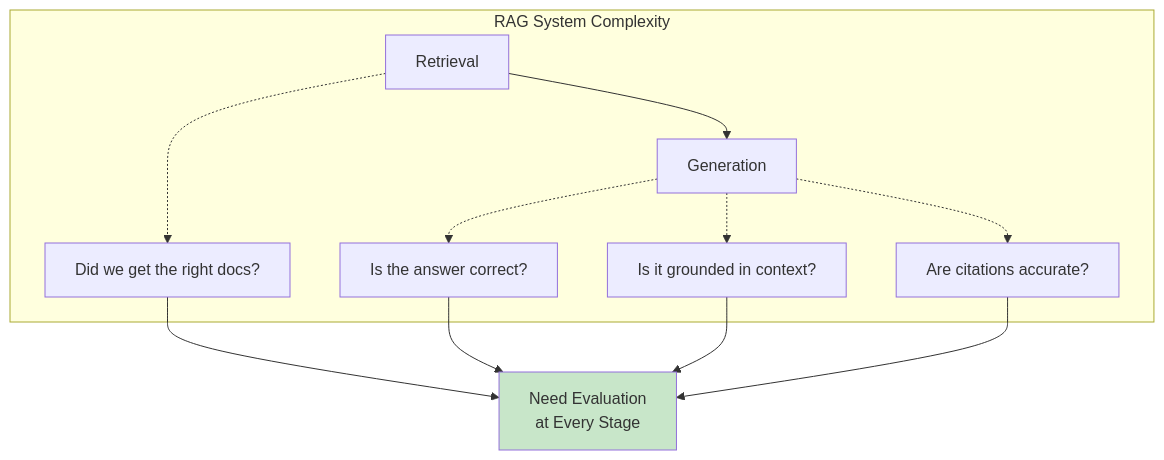
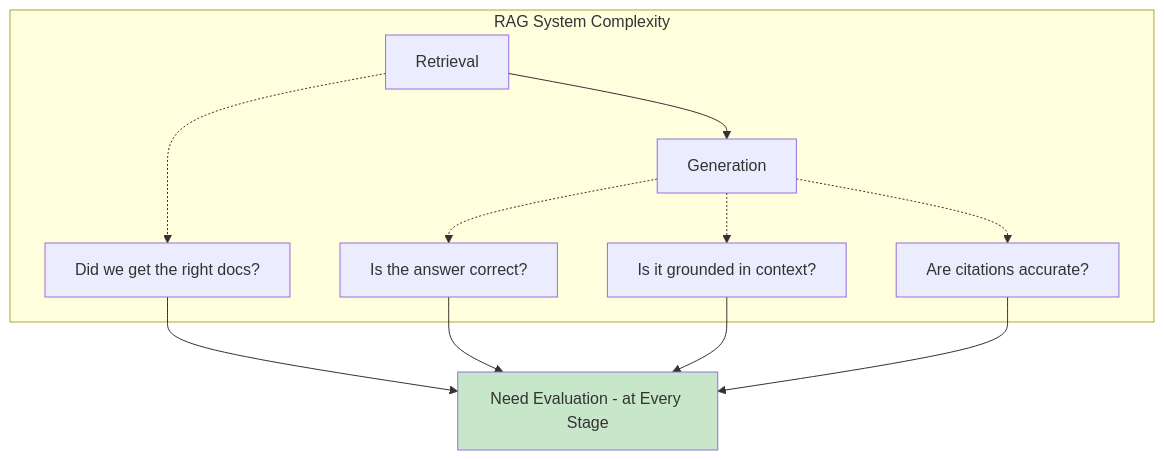
One commit to indhra/llm_rag_sec_findings changed the first of 8 diagrams in docs/learning/07-evaluation-metrics.md. Above: the diagram before and after it, drawn with Mermaid. The commit also changed other lines of this file and 9 other files, not shown here.

````diff
--- a/docs/learning/07-evaluation-metrics.md
+++ b/docs/learning/07-evaluation-metrics.md
@@ -22,17 +22,17 @@
 ```mermaid
 graph TD
     subgraph "RAG System Complexity"
         R[Retrieval] --> G[Generation]
         R -.-> P1[Did we get the right docs?]
         G -.-> P2[Is the answer correct?]
         G -.-> P3[Is it grounded in context?]
         G -.-> P4[Are citations accurate?]
     end
     
-    P1 --> E[Need Evaluation<br/>at Every Stage]
+    P1 --> E[Need Evaluation - at Every Stage]
     P2 --> E
     P3 --> E
     P4 --> E
     
     style E fill:#c8e6c9
 ```
````
